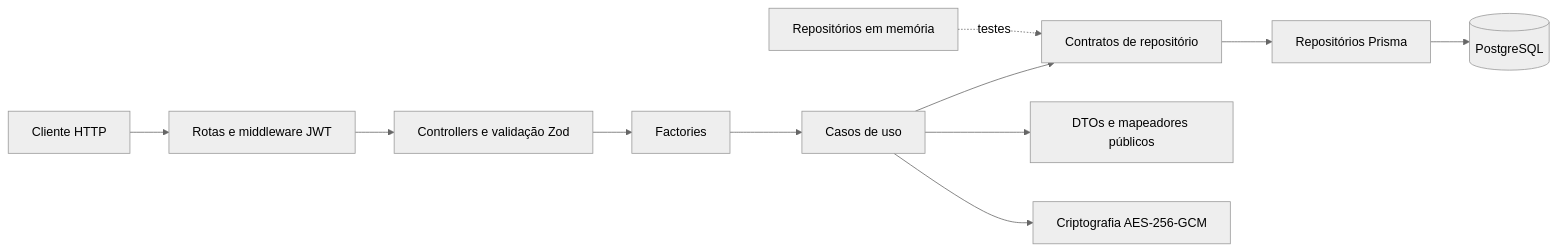
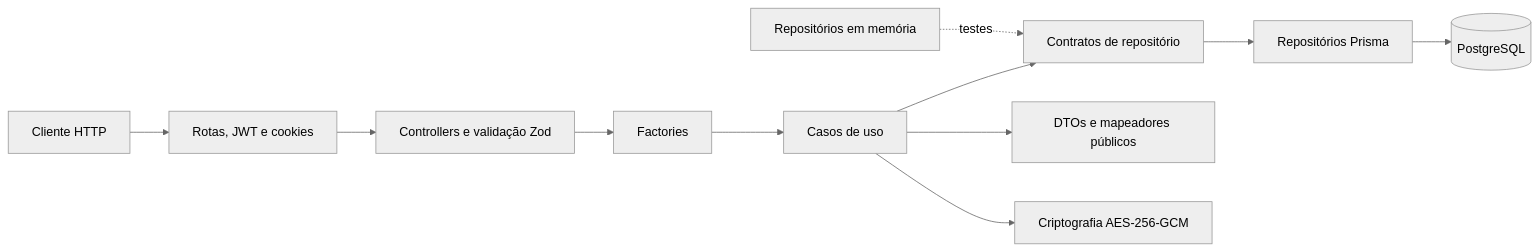
The diagram in README.md (raullopes-ms/klyro-backend), drawn with Mermaid (neutral theme) before and after one commit. The commit also changed other lines of this file, not shown here.

Commit message:
docs: update README to clarify authentication flow and session management

````diff
--- a/README.md
+++ b/README.md
@@ -48,13 +52,13 @@
 ```mermaid
 flowchart LR
-    Client[Cliente HTTP] --> Routes[Rotas e middleware JWT]
+    Client[Cliente HTTP] --> Routes[Rotas, JWT e cookies]
     Routes --> Controllers[Controllers e validação Zod]
     Controllers --> Factories[Factories]
     Factories --> UseCases[Casos de uso]
     UseCases --> Contracts[Contratos de repositório]
     Contracts --> PrismaRepo[Repositórios Prisma]
     PrismaRepo --> PostgreSQL[(PostgreSQL)]
     UseCases --> Mappers[DTOs e mapeadores públicos]
     UseCases --> Crypto[Criptografia AES-256-GCM]
     MemoryRepo[Repositórios em memória] -. testes .-> Contracts
 ```
````
